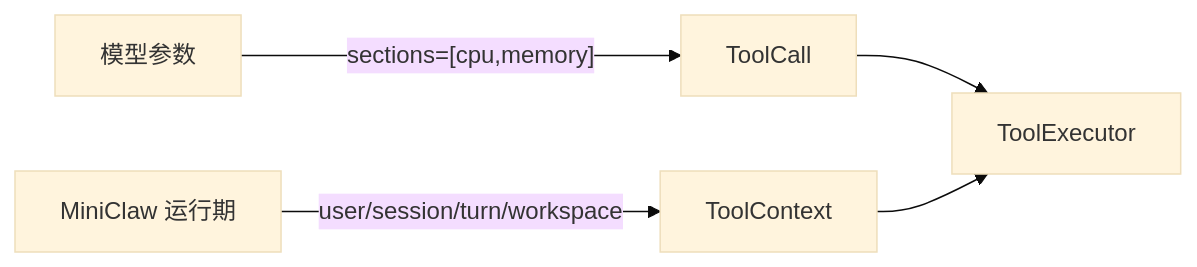
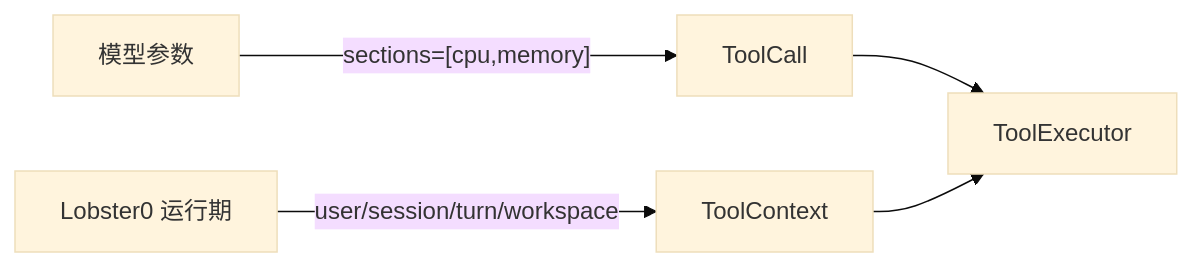
One commit to NEDONION/lobster0 changed the third of 9 diagrams in docs/engineering/phase-2/20260807_tool-runtime-and-system-info.md. Above: the diagram before and after it, drawn with Mermaid (base theme). The commit also changed other lines of this file and 221 other files, not shown here.

````diff
--- a/docs/engineering/phase-2/20260807_tool-runtime-and-system-info.md
+++ b/docs/engineering/phase-2/20260807_tool-runtime-and-system-info.md
@@ -185,7 +185,7 @@
 ```mermaid
 flowchart LR
     MODEL["模型参数"] -->|"sections=[cpu,memory]"| CALL["ToolCall"]
-    APP["MiniClaw 运行期"] -->|"user/session/turn/workspace"| CONTEXT["ToolContext"]
+    APP["Lobster0 运行期"] -->|"user/session/turn/workspace"| CONTEXT["ToolContext"]
     CALL --> EXECUTOR["ToolExecutor"]
     CONTEXT --> EXECUTOR
 ```
````
